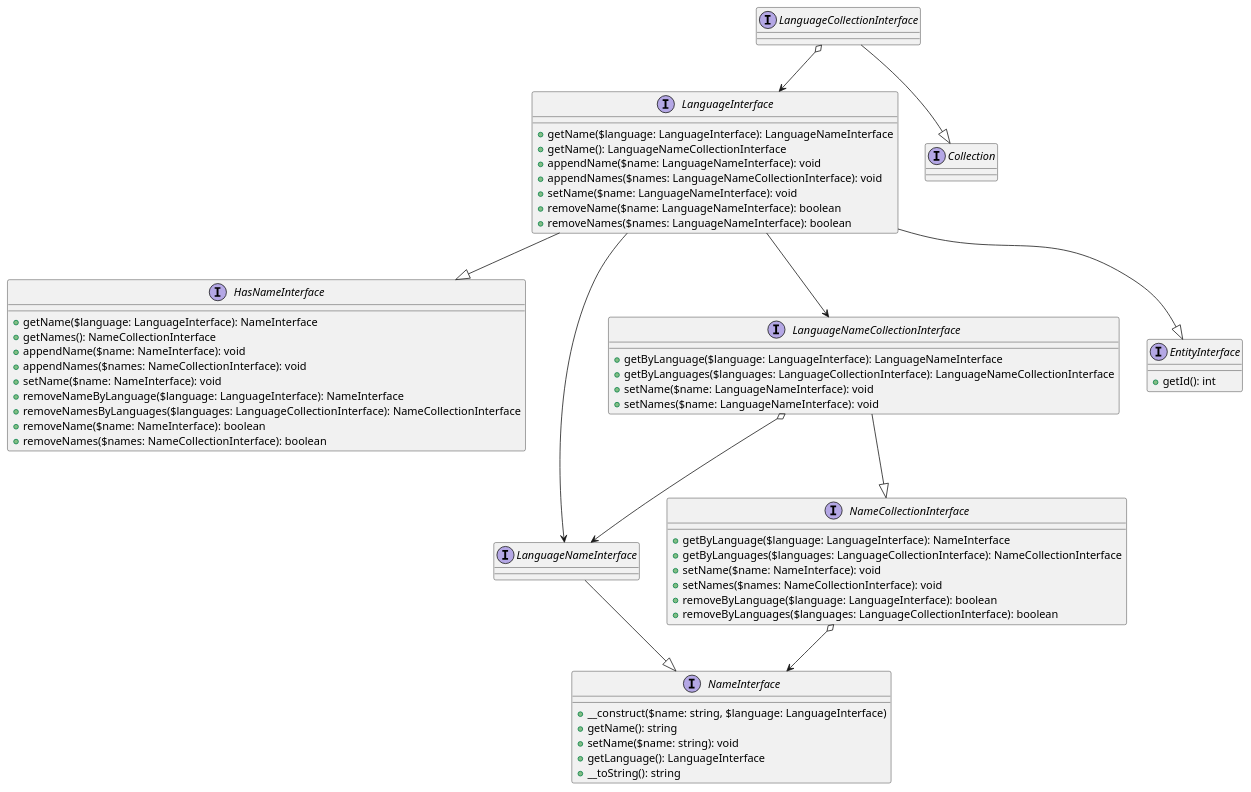
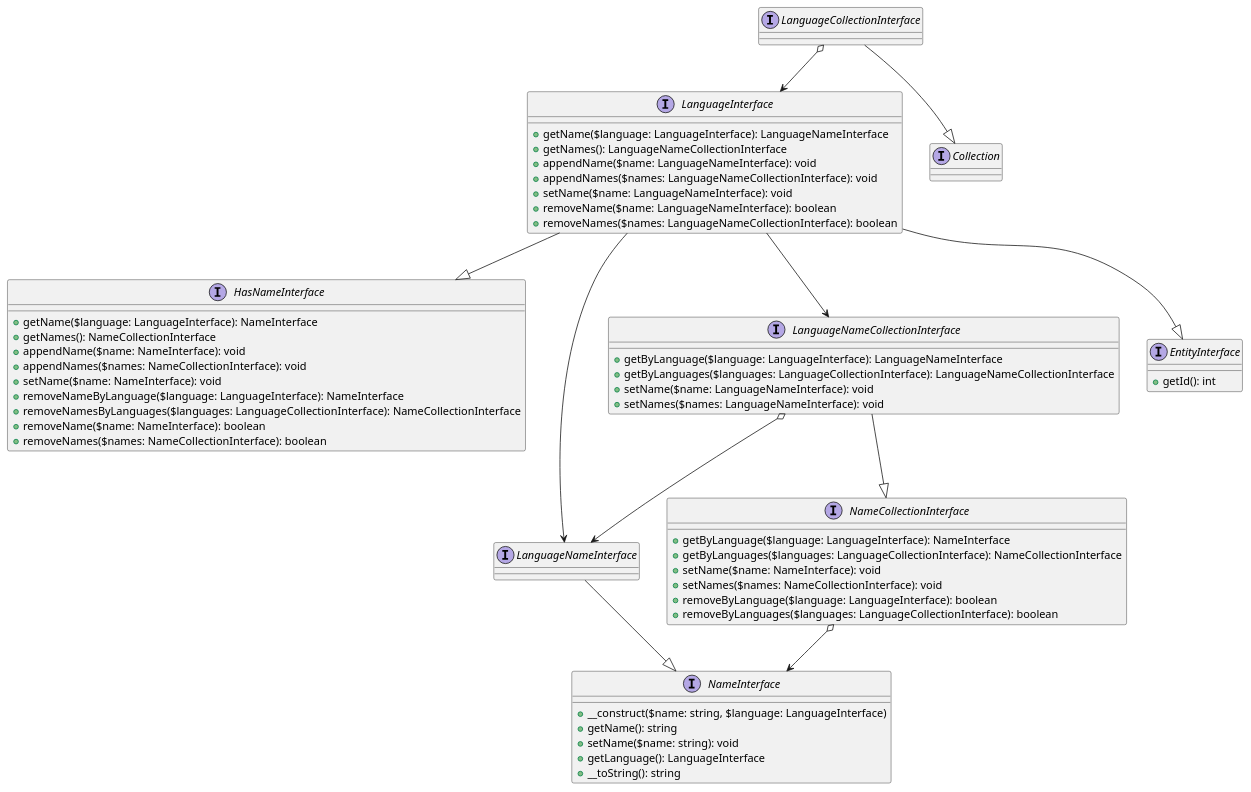
The diagram in doc/diagram/NUOCW/CoreBundle/Entity/Common/Language.puml (NUOCW/ocw-cms), drawn with PlantUML before and after one commit.

Commit message:
修正しました。 5行目getName→getNames 10行目LanguageNameInterface→LanguageNameCollectionInterface 29行目$name→$names 53行目は画像では–ですが＋で合ってます

```diff
--- a/doc/diagram/NUOCW/CoreBundle/Entity/Common/Language.puml
+++ b/doc/diagram/NUOCW/CoreBundle/Entity/Common/Language.puml
@@ -1,77 +1,77 @@
 @startuml
 
 interface LanguageInterface{
     +getName($language: LanguageInterface): LanguageNameInterface
-    +getName(): LanguageNameCollectionInterface
+    +getNames(): LanguageNameCollectionInterface
     +appendName($name: LanguageNameInterface): void
     +appendNames($names: LanguageNameCollectionInterface): void
     +setName($name: LanguageNameInterface): void
     +removeName($name: LanguageNameInterface): boolean
-    +removeNames($names: LanguageNameInterface): boolean
+    +removeNames($names: LanguageNameCollectionInterface): boolean
 }
 
 interface HasNameInterface{
     +getName($language: LanguageInterface): NameInterface
     +getNames(): NameCollectionInterface
     +appendName($name: NameInterface): void
     +appendNames($names: NameCollectionInterface): void
     +setName($name: NameInterface): void
     +removeNameByLanguage($language: LanguageInterface): NameInterface
     +removeNamesByLanguages($languages: LanguageCollectionInterface): NameCollectionInterface
     +removeName($name: NameInterface): boolean
     +removeNames($names: NameCollectionInterface): boolean
 }
 
 interface LanguageNameCollectionInterface{
     +getByLanguage($language: LanguageInterface): LanguageNameInterface
     +getByLanguages($languages: LanguageCollectionInterface): LanguageNameCollectionInterface
     +setName($name: LanguageNameInterface): void
-    +setNames($name: LanguageNameInterface): void
+    +setNames($names: LanguageNameInterface): void
 }
 
 interface LanguageNameInterface{
 }
 
 interface NameCollectionInterface{
     +getByLanguage($language: LanguageInterface): NameInterface
     +getByLanguages($languages: LanguageCollectionInterface): NameCollectionInterface
     +setName($name: NameInterface): void
     +setNames($names: NameCollectionInterface): void
     +removeByLanguage($language: LanguageInterface): boolean
     +removeByLanguages($languages: LanguageCollectionInterface): boolean
 }
 
 interface NameInterface{
     +__construct($name: string, $language: LanguageInterface)
     +getName(): string
     +setName($name: string): void
     +getLanguage(): LanguageInterface
     +__toString(): string
 }
 
 interface EntityInterface{
     +getId(): int
 }
 
 interface LanguageCollectionInterface{
 }
 
 interface Collection{
 }
 
 LanguageCollectionInterface --|> Collection
 LanguageCollectionInterface o--> LanguageInterface
 
 LanguageInterface --|> EntityInterface
 LanguageInterface --|> HasNameInterface
 LanguageInterface --> LanguageNameCollectionInterface
 LanguageInterface --> LanguageNameInterface
 
 LanguageNameCollectionInterface o--> LanguageNameInterface
 LanguageNameCollectionInterface --|> NameCollectionInterface
 
 LanguageNameInterface --|> NameInterface
 
 NameCollectionInterface o--> NameInterface
 
 @enduml
```
